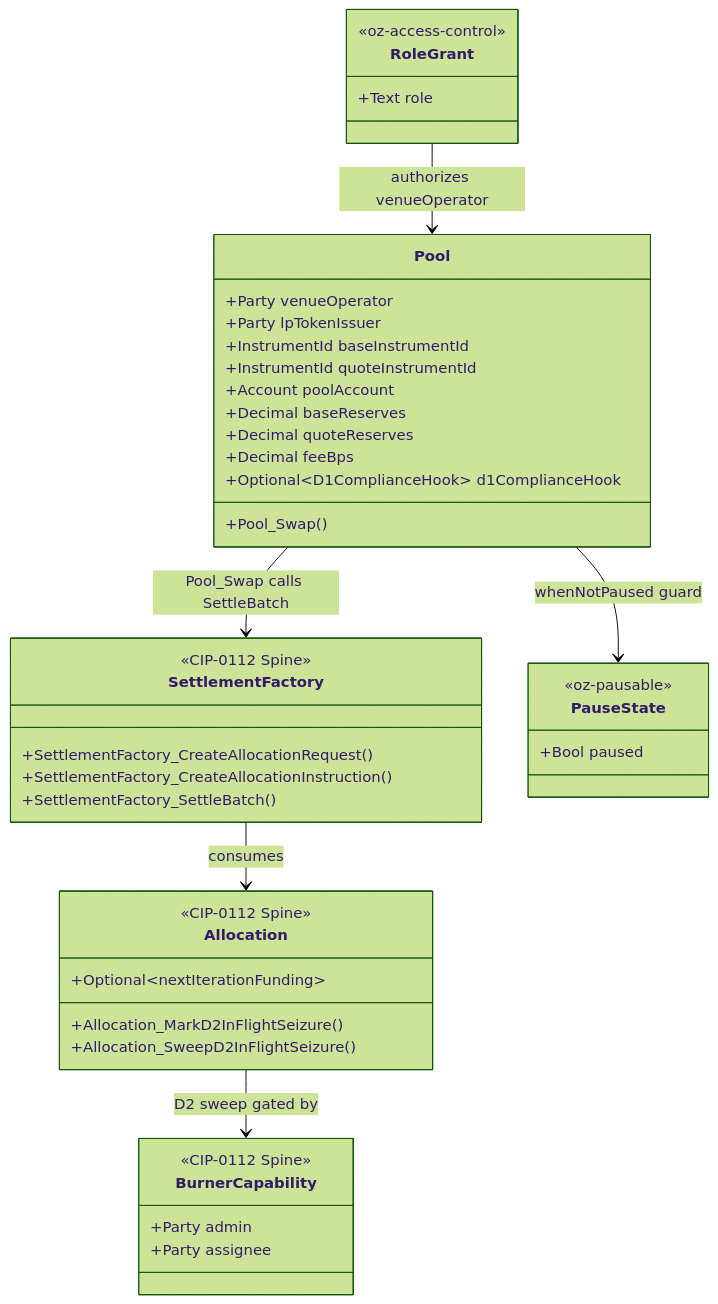
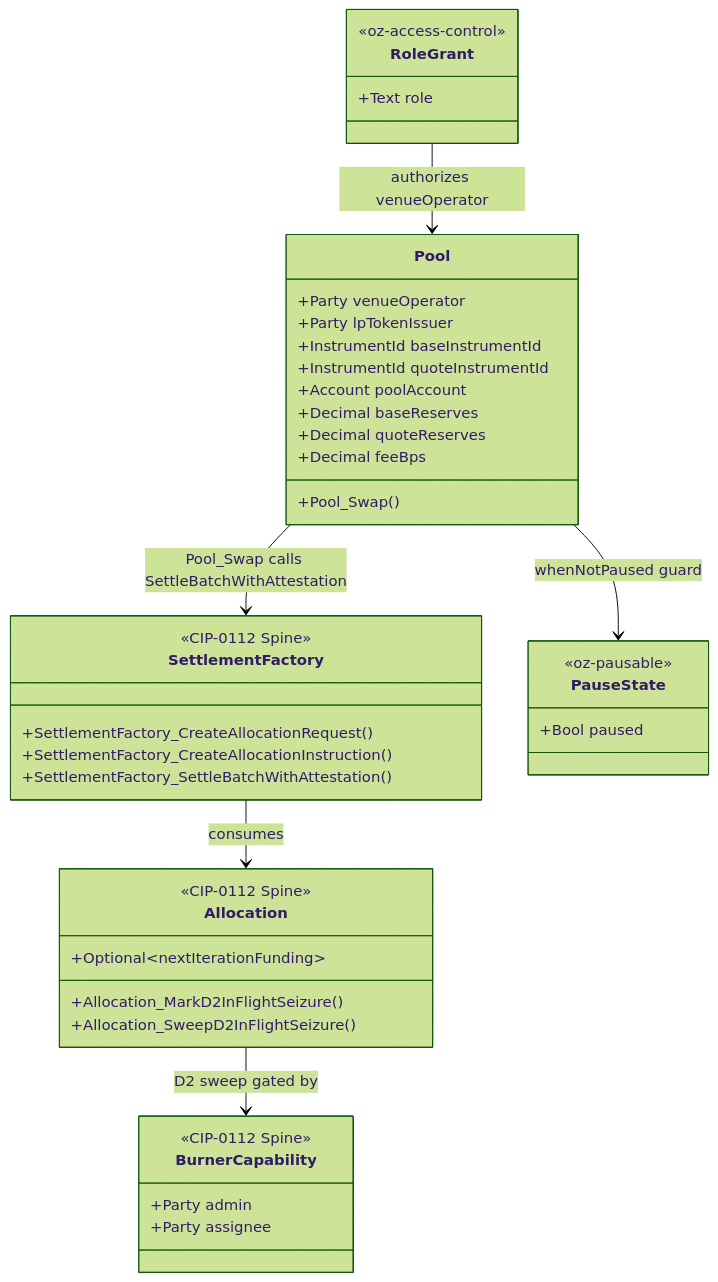
Before and after one commit to OpenZeppelin/canton-specs: the first of 2 diagrams in docs/ri-reports/01-dex.md, drawn with Mermaid (forest theme). The commit also changed other lines of this file, not shown here.

Commit message:
Aligned the document around SettleBatchWithAttestation and removed any mention of d1ComplianceHook.

````diff
--- a/docs/ri-reports/01-dex.md
+++ b/docs/ri-reports/01-dex.md
@@ -498,46 +501,45 @@
 ```mermaid
 classDiagram
     class Pool {
         +Party venueOperator
         +Party lpTokenIssuer
         +InstrumentId baseInstrumentId
         +InstrumentId quoteInstrumentId
         +Account poolAccount
         +Decimal baseReserves
         +Decimal quoteReserves
         +Decimal feeBps
-        +Optional~D1ComplianceHook~ d1ComplianceHook
         +Pool_Swap()
     }
     class SettlementFactory {
         <<CIP-0112 Spine>>
         +SettlementFactory_CreateAllocationRequest()
         +SettlementFactory_CreateAllocationInstruction()
-        +SettlementFactory_SettleBatch()
+        +SettlementFactory_SettleBatchWithAttestation()
     }
     class Allocation {
         <<CIP-0112 Spine>>
         +Optional~nextIterationFunding~
         +Allocation_MarkD2InFlightSeizure()
         +Allocation_SweepD2InFlightSeizure()
     }
     class BurnerCapability {
         <<CIP-0112 Spine>>
         +Party admin
         +Party assignee
     }
     class RoleGrant {
         <<oz-access-control>>
         +Text role
     }
     class PauseState {
         <<oz-pausable>>
         +Bool paused
     }
 
-    Pool --> SettlementFactory : Pool_Swap calls SettleBatch
+    Pool --> SettlementFactory : Pool_Swap calls SettleBatchWithAttestation
     Pool --> PauseState : whenNotPaused guard
     SettlementFactory --> Allocation : consumes
     Allocation --> BurnerCapability : D2 sweep gated by
     RoleGrant --> Pool : authorizes venueOperator
 ```
````
